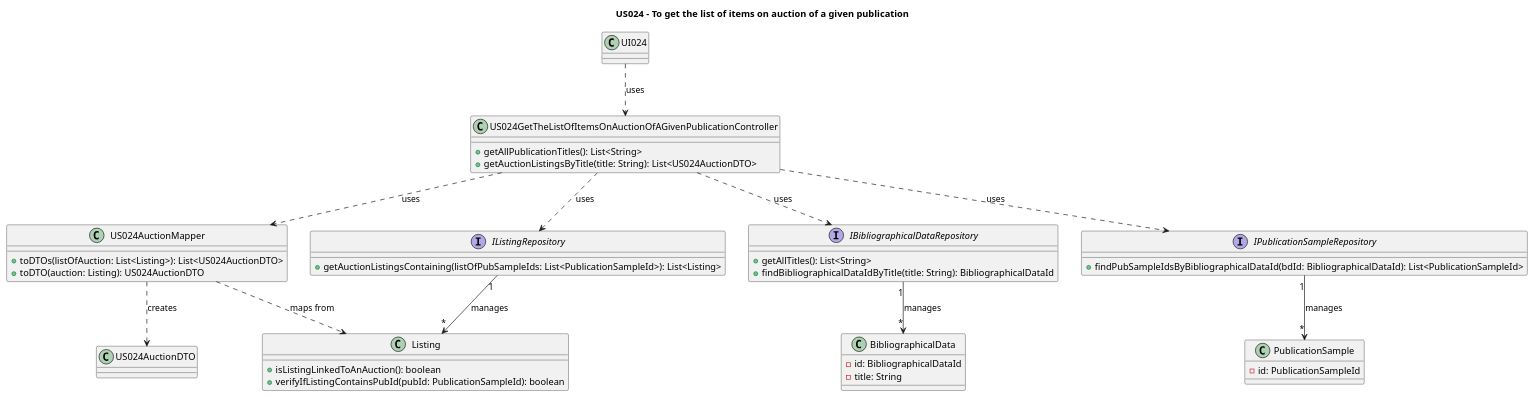
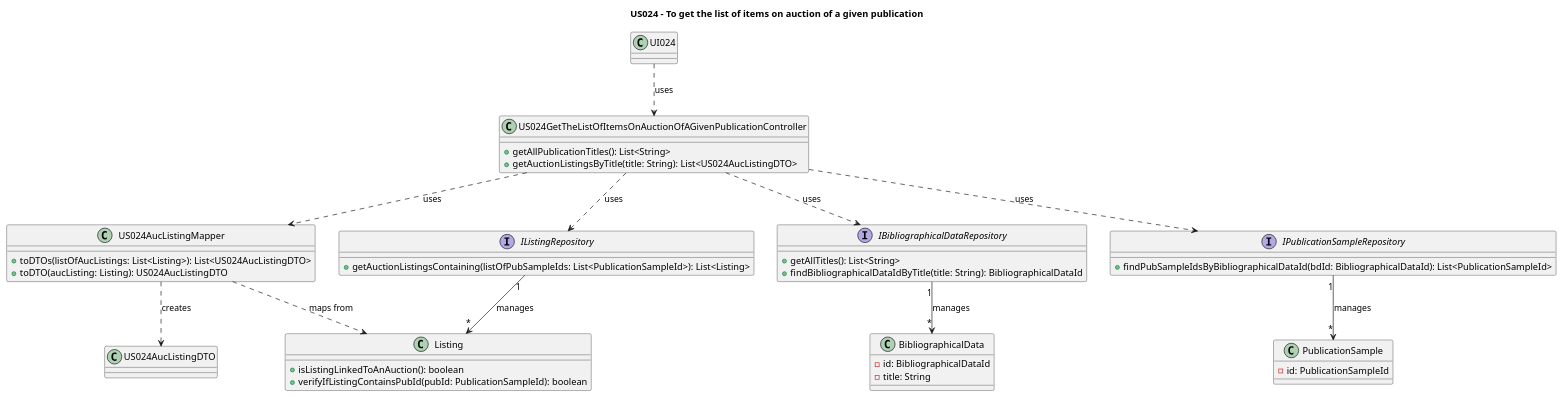
Before and after one commit to AndrePereiraGitH/SWitCH-Project-Team_A: the diagram in Diagrams/ClassDiagrams/US024-to-get-the-list-of-items-on-auction-of-a-given-publication.puml, drawn with PlantUML. The commit also changed 6 other files, not shown here.

```diff
--- a/Diagrams/ClassDiagrams/US024-to-get-the-list-of-items-on-auction-of-a-given-publication.puml
+++ b/Diagrams/ClassDiagrams/US024-to-get-the-list-of-items-on-auction-of-a-given-publication.puml
@@ -1,67 +1,67 @@
 @startuml
 
 title US024 - To get the list of items on auction of a given publication
 
 ' ── UI Layer ───────────────────────────────────────────────
 class UI024 {
 }
 
 ' ── Application Layer ──────────────────────────────────────
 class US024GetTheListOfItemsOnAuctionOfAGivenPublicationController {
   +getAllPublicationTitles(): List<String>
-  +getAuctionListingsByTitle(title: String): List<US024AuctionDTO>
+  +getAuctionListingsByTitle(title: String): List<US024AucListingDTO>
 }
 
-class US024AuctionMapper {
-  +toDTOs(listOfAuction: List<Listing>): List<US024AuctionDTO>
-  +toDTO(auction: Listing): US024AuctionDTO
+class US024AucListingMapper {
+  +toDTOs(listOfAucListings: List<Listing>): List<US024AucListingDTO>
+  +toDTO(aucListing: Listing): US024AucListingDTO
 }
 
-class US024AuctionDTO {
+class US024AucListingDTO {
 }
 
 ' ── Domain Layer ───────────────────────────────────────────
 interface IBibliographicalDataRepository {
   +getAllTitles(): List<String>
   +findBibliographicalDataIdByTitle(title: String): BibliographicalDataId
 }
 
 interface IPublicationSampleRepository {
   +findPubSampleIdsByBibliographicalDataId(bdId: BibliographicalDataId): List<PublicationSampleId>
 }
 
 interface IListingRepository {
   +getAuctionListingsContaining(listOfPubSampleIds: List<PublicationSampleId>): List<Listing>
 }
 
 class BibliographicalData {
   -id: BibliographicalDataId
   -title: String
 }
 
 class PublicationSample {
   -id: PublicationSampleId
 }
 
 class Listing {
   +isListingLinkedToAnAuction(): boolean
   +verifyIfListingContainsPubId(pubId: PublicationSampleId): boolean
 }
 
 ' ── Relationships ──────────────────────────────────────────
 
 UI024 ..> US024GetTheListOfItemsOnAuctionOfAGivenPublicationController : uses
 
 US024GetTheListOfItemsOnAuctionOfAGivenPublicationController ..> IBibliographicalDataRepository : uses
 US024GetTheListOfItemsOnAuctionOfAGivenPublicationController ..> IPublicationSampleRepository : uses
 US024GetTheListOfItemsOnAuctionOfAGivenPublicationController ..> IListingRepository : uses
-US024GetTheListOfItemsOnAuctionOfAGivenPublicationController ..> US024AuctionMapper : uses
+US024GetTheListOfItemsOnAuctionOfAGivenPublicationController ..> US024AucListingMapper : uses
 
 IBibliographicalDataRepository "1" --> "*" BibliographicalData : manages
 IPublicationSampleRepository "1" --> "*" PublicationSample : manages
 IListingRepository "1" --> "*" Listing : manages
 
-US024AuctionMapper ..> Listing : maps from
-US024AuctionMapper ..> US024AuctionDTO : creates
+US024AucListingMapper ..> Listing : maps from
+US024AucListingMapper ..> US024AucListingDTO : creates
 
 @enduml
```
